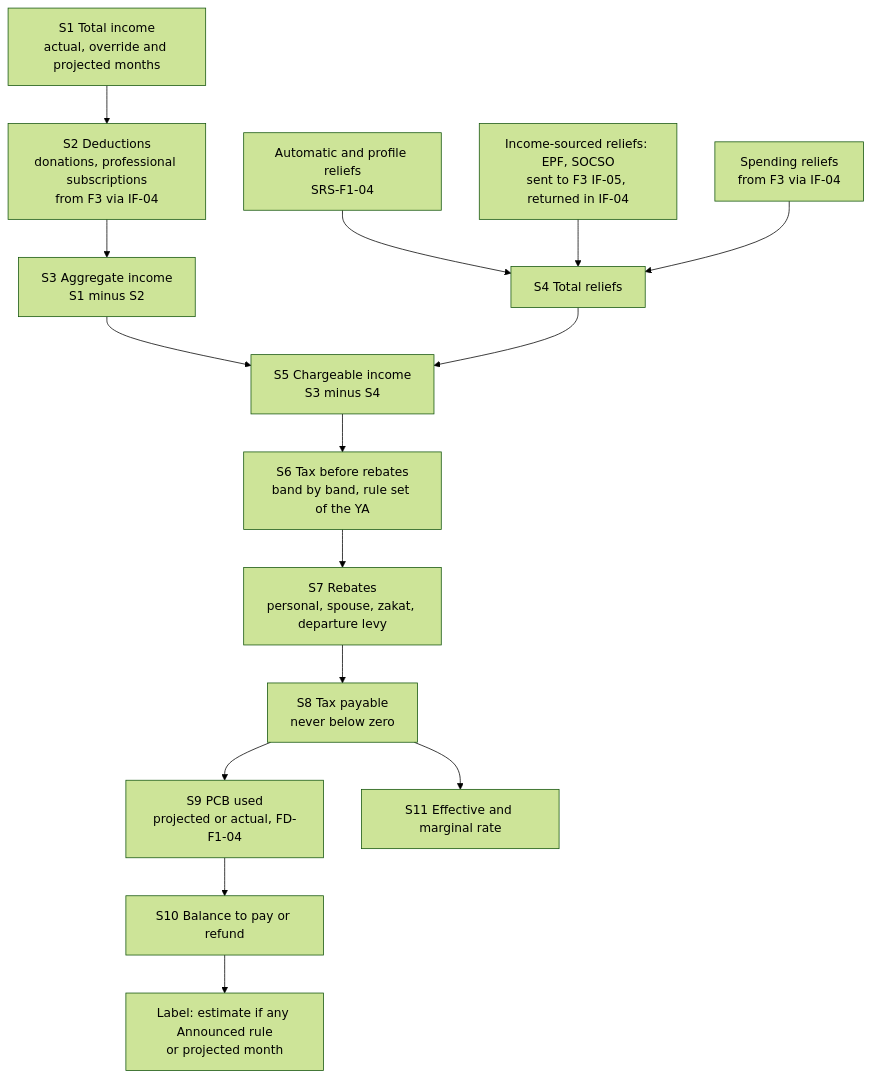
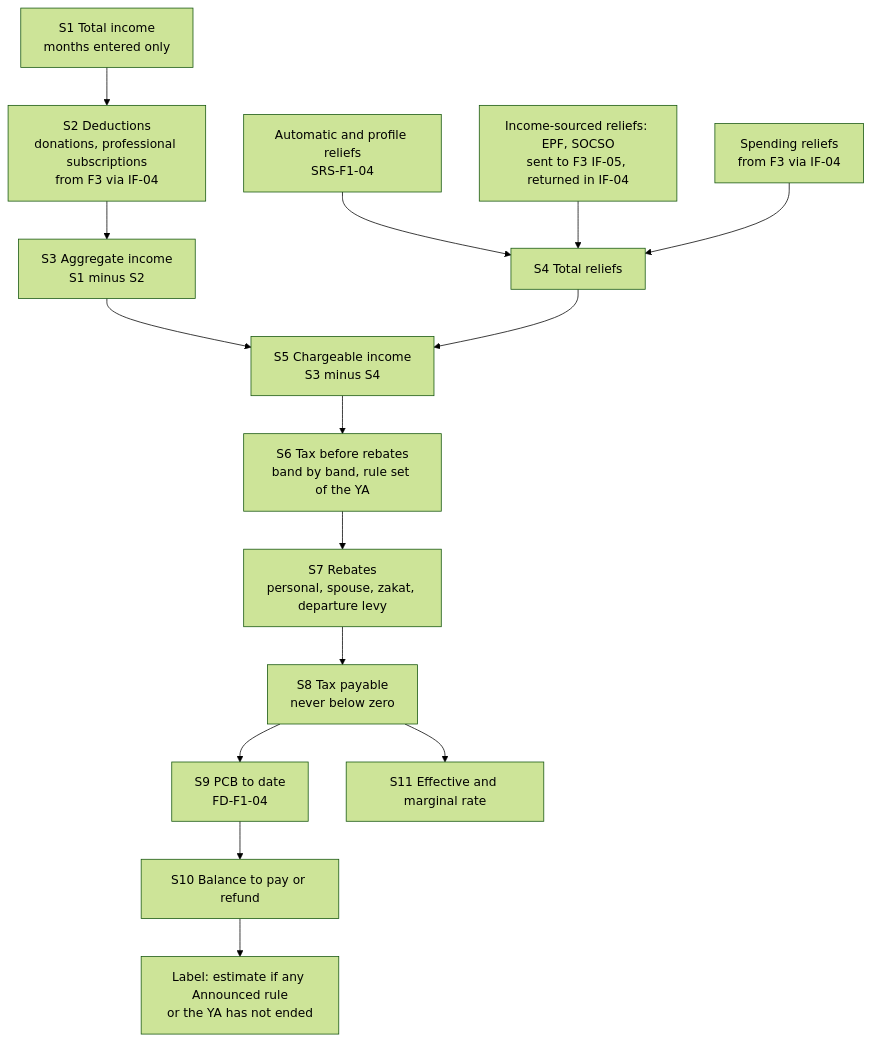
Before and after one commit to Juthyra/Tax-Relief-Manager-TRM-: the third of 10 diagrams in docs/specs/URS_SRS_F1_Tax_Calculator.md, drawn with Mermaid (forest theme). The commit also changed other lines of this file and 16 other files, not shown here.

````diff
--- a/docs/specs/URS_SRS_F1_Tax_Calculator.md
+++ b/docs/specs/URS_SRS_F1_Tax_Calculator.md
@@ -171,17 +171,17 @@
 ```mermaid
 flowchart TD
-  A["S1 Total income<br/>actual, override and projected months"] --> B["S2 Deductions<br/>donations, professional subscriptions<br/>from F3 via IF-04"]
+  A["S1 Total income<br/>months entered only"] --> B["S2 Deductions<br/>donations, professional subscriptions<br/>from F3 via IF-04"]
   B --> C["S3 Aggregate income<br/>S1 minus S2"]
   R1["Automatic and profile reliefs<br/>SRS-F1-04"] --> R["S4 Total reliefs"]
   R2["Income-sourced reliefs: EPF, SOCSO<br/>sent to F3 IF-05, returned in IF-04"] --> R
   R3["Spending reliefs<br/>from F3 via IF-04"] --> R
   C --> D["S5 Chargeable income<br/>S3 minus S4"]
   R --> D
   D --> E["S6 Tax before rebates<br/>band by band, rule set of the YA"]
   E --> F["S7 Rebates<br/>personal, spouse, zakat, departure levy"]
   F --> G["S8 Tax payable<br/>never below zero"]
-  G --> H["S9 PCB used<br/>projected or actual, FD-F1-04"]
+  G --> H["S9 PCB to date<br/>FD-F1-04"]
   H --> I["S10 Balance to pay or refund"]
   G --> J["S11 Effective and marginal rate"]
-  I --> L["Label: estimate if any Announced rule<br/>or projected month"]
+  I --> L["Label: estimate if any Announced rule<br/>or the YA has not ended"]
 ```
````
